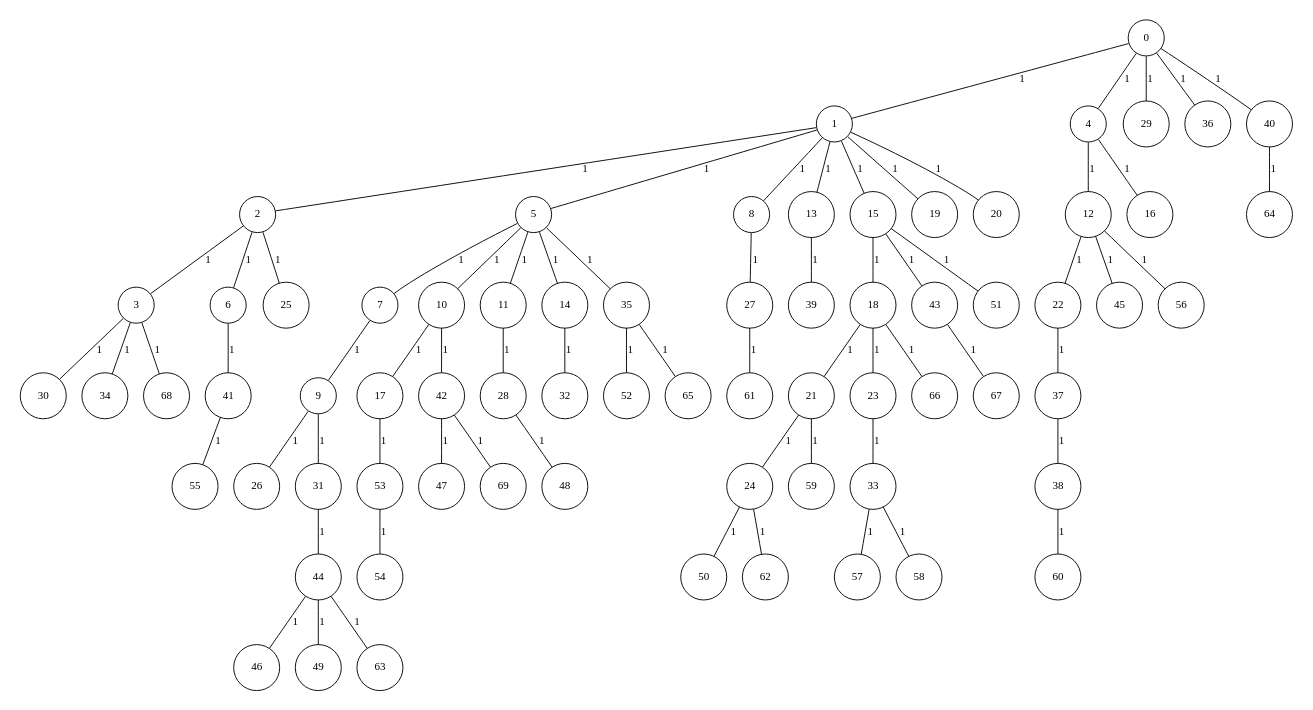
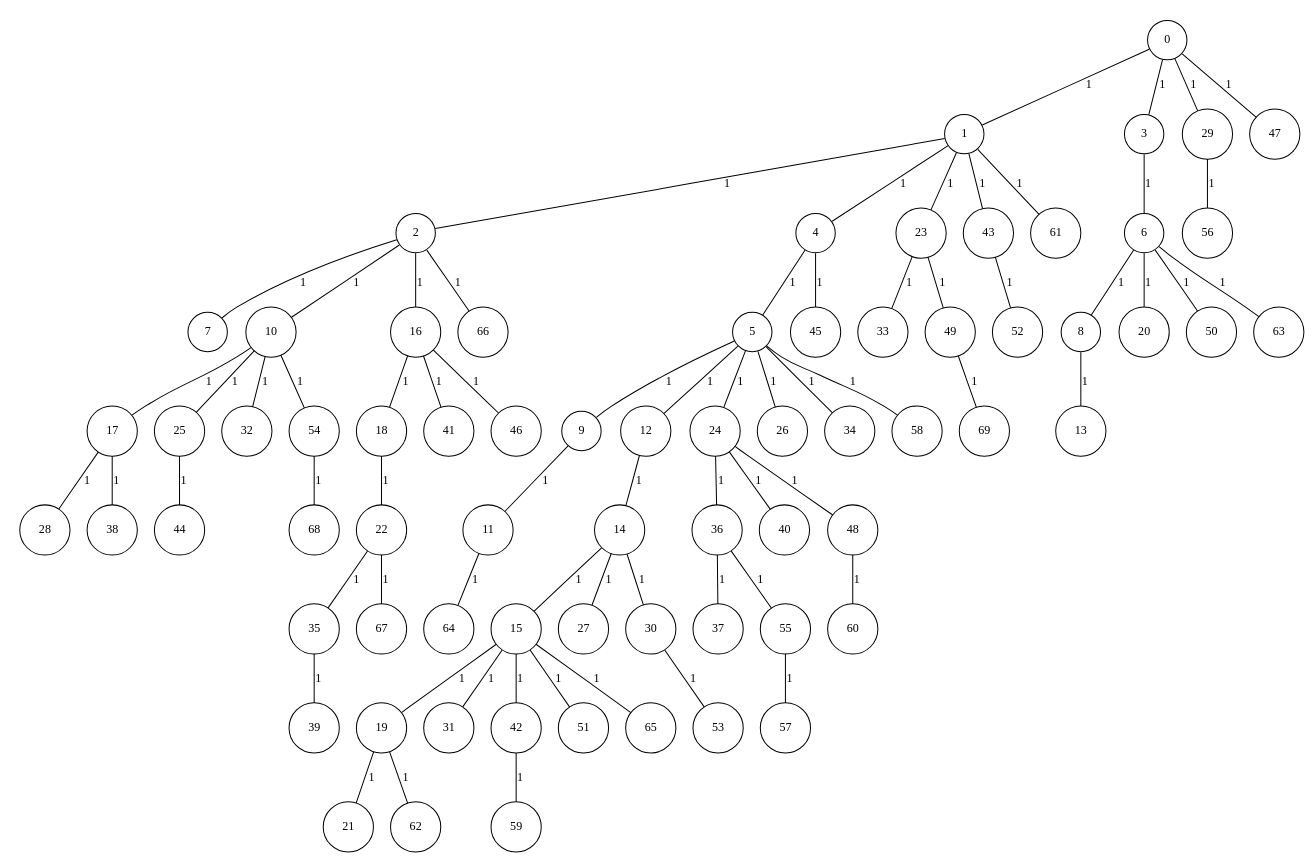
Before and after one commit to cardosodg/setcover-grasp: the diagram in GraphGenerator/input/instGraph_70_8.txt.dot, drawn with Graphviz. The commit also changed 3448 other files, not shown here.

```diff
--- a/GraphGenerator/input/instGraph_70_8.txt.dot
+++ b/GraphGenerator/input/instGraph_70_8.txt.dot
@@ -1,149 +1,149 @@
 graph G {
 size="8.5,11;"
 ratio = "expand;"
 fixedsize="true;"
 overlap="scale;"
 node[shape=circle,width=.12,hight=.12,fontsize=12]
 edge[fontsize=12]
 
-0[label=" 0" color=black, pos="1.5546979,2.6073058!"];
-1[label=" 1" color=black, pos="0.9108776,2.0031415!"];
-2[label=" 2" color=black, pos="0.41814178,1.8055077!"];
-3[label=" 3" color=black, pos="0.79149243,0.94562867!"];
-4[label=" 4" color=black, pos="0.27108241,0.9596004!"];
-5[label=" 5" color=black, pos="1.1038437,1.6118987!"];
-6[label=" 6" color=black, pos="0.12078617,1.2916035!"];
-7[label=" 7" color=black, pos="1.2958916,2.9328946!"];
-8[label=" 8" color=black, pos="1.7226194,0.38728119!"];
-9[label=" 9" color=black, pos="1.8654003,2.678198!"];
-10[label=" 10" color=black, pos="0.72839107,0.96056462!"];
-11[label=" 11" color=black, pos="2.7622682,2.1002136!"];
-12[label=" 12" color=black, pos="2.4636947,1.3486631!"];
-13[label=" 13" color=black, pos="2.6682028,2.7059874!"];
-14[label=" 14" color=black, pos="2.4390696,1.7818767!"];
-15[label=" 15" color=black, pos="2.3931263,1.5855508!"];
-16[label=" 16" color=black, pos="1.2549717,1.7492426!"];
-17[label=" 17" color=black, pos="0.36325466,0.40391407!"];
-18[label=" 18" color=black, pos="2.9111463,1.6115292!"];
-19[label=" 19" color=black, pos="1.270672,2.7067652!"];
-20[label=" 20" color=black, pos="1.7715568,2.3019051!"];
-21[label=" 21" color=black, pos="1.0159901,1.2287486!"];
-22[label=" 22" color=black, pos="0.0054833414,0.19002099!"];
-23[label=" 23" color=black, pos="1.7253966,1.5143553!"];
-24[label=" 24" color=black, pos="2.7484038,2.1007403!"];
-25[label=" 25" color=black, pos="1.6910385,0.20330422!"];
-26[label=" 26" color=black, pos="2.869133,0.2755994!"];
-27[label=" 27" color=black, pos="0.52657627,0.87417174!"];
-28[label=" 28" color=black, pos="2.0377928,0.73789274!"];
-29[label=" 29" color=black, pos="2.1839694,0.50884267!"];
-30[label=" 30" color=black, pos="1.9772667,0.58806232!"];
-31[label=" 31" color=black, pos="0.47443548,2.6830316!"];
-32[label=" 32" color=black, pos="0.3660155,2.3344978!"];
-33[label=" 33" color=black, pos="1.2884263,1.6592389!"];
-34[label=" 34" color=black, pos="2.3526354,0.29736437!"];
-35[label=" 35" color=black, pos="0.91720287,2.1773448!"];
-36[label=" 36" color=black, pos="1.347613,0.0087786648!"];
-37[label=" 37" color=black, pos="1.8818789,2.721035!"];
-38[label=" 38" color=black, pos="2.216485,0.56180899!"];
-39[label=" 39" color=black, pos="0.41151494,2.9137598!"];
-40[label=" 40" color=black, pos="0.028612573,2.8345845!"];
-41[label=" 41" color=black, pos="2.7860596,1.4745982!"];
-42[label=" 42" color=black, pos="2.4286617,0.017906732!"];
-43[label=" 43" color=black, pos="1.9434987,0.30086032!"];
-44[label=" 44" color=black, pos="0.11048911,2.822694!"];
-45[label=" 45" color=black, pos="2.8272603,2.8515137!"];
-46[label=" 46" color=black, pos="0.85282637,1.7346658!"];
-47[label=" 47" color=black, pos="0.65816334,2.0418717!"];
-48[label=" 48" color=black, pos="0.89668317,0.0038147797!"];
-49[label=" 49" color=black, pos="0.37027962,2.8214377!"];
-50[label=" 50" color=black, pos="1.2503756,1.1448059!"];
-51[label=" 51" color=black, pos="0.034596028,1.4849859!"];
-52[label=" 52" color=black, pos="2.7553052,2.1374532!"];
-53[label=" 53" color=black, pos="0.8514089,0.62631088!"];
-54[label=" 54" color=black, pos="1.4022896,0.96857658!"];
-55[label=" 55" color=black, pos="1.0094023,0.74722886!"];
-56[label=" 56" color=black, pos="2.8869045,2.5888282!"];
-57[label=" 57" color=black, pos="1.2294566,0.056125505!"];
-58[label=" 58" color=black, pos="2.2496104,1.6737065!"];
-59[label=" 59" color=black, pos="0.64659769,0.42929158!"];
-60[label=" 60" color=black, pos="1.4663722,2.9844685!"];
-61[label=" 61" color=black, pos="1.5557117,1.0220164!"];
-62[label=" 62" color=black, pos="0.97175605,0.018454257!"];
-63[label=" 63" color=black, pos="2.0010413,1.8872438!"];
-64[label=" 64" color=black, pos="1.5167268,2.14513!"];
-65[label=" 65" color=black, pos="1.8863379,0.22601559!"];
-66[label=" 66" color=black, pos="2.402187,1.4201548!"];
-67[label=" 67" color=black, pos="2.0584144,0.45068757!"];
-68[label=" 68" color=black, pos="2.4161912,1.8425678!"];
-69[label=" 69" color=black, pos="1.0459354,2.9299042!"];
+0[label=" 0" color=black, pos="2.1271931,2.3384801!"];
+1[label=" 1" color=black, pos="1.3379032,2.3133918!"];
+2[label=" 2" color=black, pos="1.2790366,2.2274224!"];
+3[label=" 3" color=black, pos="2.6547832,1.9393262!"];
+4[label=" 4" color=black, pos="1.3236482,0.15625985!"];
+5[label=" 5" color=black, pos="0.63269398,2.7609756!"];
+6[label=" 6" color=black, pos="1.7954221,1.1226745!"];
+7[label=" 7" color=black, pos="0.90785411,2.4377207!"];
+8[label=" 8" color=black, pos="2.4754317,1.0373215!"];
+9[label=" 9" color=black, pos="1.4126953,2.3483305!"];
+10[label=" 10" color=black, pos="0.82373476,1.6808229!"];
+11[label=" 11" color=black, pos="1.5310213,2.858635!"];
+12[label=" 12" color=black, pos="2.9605725,1.5730445!"];
+13[label=" 13" color=black, pos="2.1441798,2.4553459!"];
+14[label=" 14" color=black, pos="2.9157941,0.53302597!"];
+15[label=" 15" color=black, pos="2.4531309,2.8586954!"];
+16[label=" 16" color=black, pos="1.7469476,1.7418976!"];
+17[label=" 17" color=black, pos="1.2467302,0.85137466!"];
+18[label=" 18" color=black, pos="1.665981,0.54898288!"];
+19[label=" 19" color=black, pos="2.1523466,1.0516718!"];
+20[label=" 20" color=black, pos="0.42251276,1.7061856!"];
+21[label=" 21" color=black, pos="2.9587364,0.50629457!"];
+22[label=" 22" color=black, pos="1.7395519,1.6981788!"];
+23[label=" 23" color=black, pos="2.0100672,1.1212454!"];
+24[label=" 24" color=black, pos="2.4528911,1.9166576!"];
+25[label=" 25" color=black, pos="1.9533711,1.7700862!"];
+26[label=" 26" color=black, pos="1.3002298,0.81635442!"];
+27[label=" 27" color=black, pos="2.726687,2.5654955!"];
+28[label=" 28" color=black, pos="0.49274254,1.7158924!"];
+29[label=" 29" color=black, pos="0.43321263,2.3260094!"];
+30[label=" 30" color=black, pos="2.2615075,0.36544733!"];
+31[label=" 31" color=black, pos="1.5810624,1.0285895!"];
+32[label=" 32" color=black, pos="1.3498357,1.7335747!"];
+33[label=" 33" color=black, pos="2.7132794,1.9225588!"];
+34[label=" 34" color=black, pos="1.8227301,1.4660856!"];
+35[label=" 35" color=black, pos="2.6069395,0.69861691!"];
+36[label=" 36" color=black, pos="0.30326211,1.551161!"];
+37[label=" 37" color=black, pos="0.63669625,2.9092393!"];
+38[label=" 38" color=black, pos="2.9013586,0.16977846!"];
+39[label=" 39" color=black, pos="2.7613793,1.5163745!"];
+40[label=" 40" color=black, pos="2.1436151,2.4144218!"];
+41[label=" 41" color=black, pos="2.7536102,0.87040368!"];
+42[label=" 42" color=black, pos="0.075893894,0.12575738!"];
+43[label=" 43" color=black, pos="1.3680703,1.7825154!"];
+44[label=" 44" color=black, pos="2.2388836,2.4078071!"];
+45[label=" 45" color=black, pos="0.21084685,1.7737836!"];
+46[label=" 46" color=black, pos="2.5917331,1.5946265!"];
+47[label=" 47" color=black, pos="1.14193,1.4643274!"];
+48[label=" 48" color=black, pos="1.3609501,0.14243958!"];
+49[label=" 49" color=black, pos="2.2157298,0.69090056!"];
+50[label=" 50" color=black, pos="1.3493325,2.9744571!"];
+51[label=" 51" color=black, pos="1.6410322,2.3887351!"];
+52[label=" 52" color=black, pos="0.090649013,1.7554956!"];
+53[label=" 53" color=black, pos="0.11358867,0.41370134!"];
+54[label=" 54" color=black, pos="2.4728413,0.058434121!"];
+55[label=" 55" color=black, pos="2.1193288,1.9003164!"];
+56[label=" 56" color=black, pos="0.40151077,0.5948392!"];
+57[label=" 57" color=black, pos="0.055599211,2.9088644!"];
+58[label=" 58" color=black, pos="1.1023977,2.1223345!"];
+59[label=" 59" color=black, pos="2.6402941,1.6233457!"];
+60[label=" 60" color=black, pos="0.30761186,1.032439!"];
+61[label=" 61" color=black, pos="1.9081206,1.1265222!"];
+62[label=" 62" color=black, pos="2.4544681,1.9957331!"];
+63[label=" 63" color=black, pos="0.70771792,2.0540758!"];
+64[label=" 64" color=black, pos="1.9388054,0.7264693!"];
+65[label=" 65" color=black, pos="1.9346548,2.3993364!"];
+66[label=" 66" color=black, pos="0.51865515,2.7804824!"];
+67[label=" 67" color=black, pos="2.0327404,0.88989233!"];
+68[label=" 68" color=black, pos="1.7826695,0.76155281!"];
+69[label=" 69" color=black, pos="1.3684716,1.071752!"];
 0--1[label="1"]
-0--4[label="1"]
+0--3[label="1"]
 0--29[label="1"]
-0--36[label="1"]
-0--40[label="1"]
+0--47[label="1"]
 1--2[label="1"]
-1--5[label="1"]
-1--8[label="1"]
-1--13[label="1"]
-1--15[label="1"]
-1--19[label="1"]
-1--20[label="1"]
-2--3[label="1"]
-2--6[label="1"]
-2--25[label="1"]
-3--30[label="1"]
-3--34[label="1"]
-3--68[label="1"]
-4--12[label="1"]
-4--16[label="1"]
-5--7[label="1"]
-5--10[label="1"]
-5--11[label="1"]
-5--14[label="1"]
-5--35[label="1"]
-6--41[label="1"]
-7--9[label="1"]
-8--27[label="1"]
-9--26[label="1"]
-9--31[label="1"]
+1--4[label="1"]
+1--23[label="1"]
+1--43[label="1"]
+1--61[label="1"]
+2--7[label="1"]
+2--10[label="1"]
+2--16[label="1"]
+2--66[label="1"]
+3--6[label="1"]
+4--5[label="1"]
+4--45[label="1"]
+5--9[label="1"]
+5--12[label="1"]
+5--24[label="1"]
+5--26[label="1"]
+5--34[label="1"]
+5--58[label="1"]
+6--8[label="1"]
+6--20[label="1"]
+6--50[label="1"]
+6--63[label="1"]
+8--13[label="1"]
+9--11[label="1"]
 10--17[label="1"]
-10--42[label="1"]
-11--28[label="1"]
-12--22[label="1"]
-12--45[label="1"]
-12--56[label="1"]
-13--39[label="1"]
-14--32[label="1"]
-15--18[label="1"]
-15--43[label="1"]
+10--25[label="1"]
+10--32[label="1"]
+10--54[label="1"]
+11--64[label="1"]
+12--14[label="1"]
+14--15[label="1"]
+14--27[label="1"]
+14--30[label="1"]
+15--19[label="1"]
+15--31[label="1"]
+15--42[label="1"]
 15--51[label="1"]
-17--53[label="1"]
-18--21[label="1"]
-18--23[label="1"]
-18--66[label="1"]
-21--24[label="1"]
-21--59[label="1"]
-22--37[label="1"]
+15--65[label="1"]
+16--18[label="1"]
+16--41[label="1"]
+16--46[label="1"]
+17--28[label="1"]
+17--38[label="1"]
+18--22[label="1"]
+19--21[label="1"]
+19--62[label="1"]
+22--35[label="1"]
+22--67[label="1"]
 23--33[label="1"]
-24--50[label="1"]
-24--62[label="1"]
-27--61[label="1"]
-28--48[label="1"]
-31--44[label="1"]
-33--57[label="1"]
-33--58[label="1"]
-35--52[label="1"]
-35--65[label="1"]
-37--38[label="1"]
-38--60[label="1"]
-40--64[label="1"]
-41--55[label="1"]
-42--47[label="1"]
-42--69[label="1"]
-43--67[label="1"]
-44--46[label="1"]
-44--49[label="1"]
-44--63[label="1"]
-53--54[label="1"]
+23--49[label="1"]
+24--36[label="1"]
+24--40[label="1"]
+24--48[label="1"]
+25--44[label="1"]
+29--56[label="1"]
+30--53[label="1"]
+35--39[label="1"]
+36--37[label="1"]
+36--55[label="1"]
+42--59[label="1"]
+43--52[label="1"]
+48--60[label="1"]
+49--69[label="1"]
+54--68[label="1"]
+55--57[label="1"]
 
 }
```
